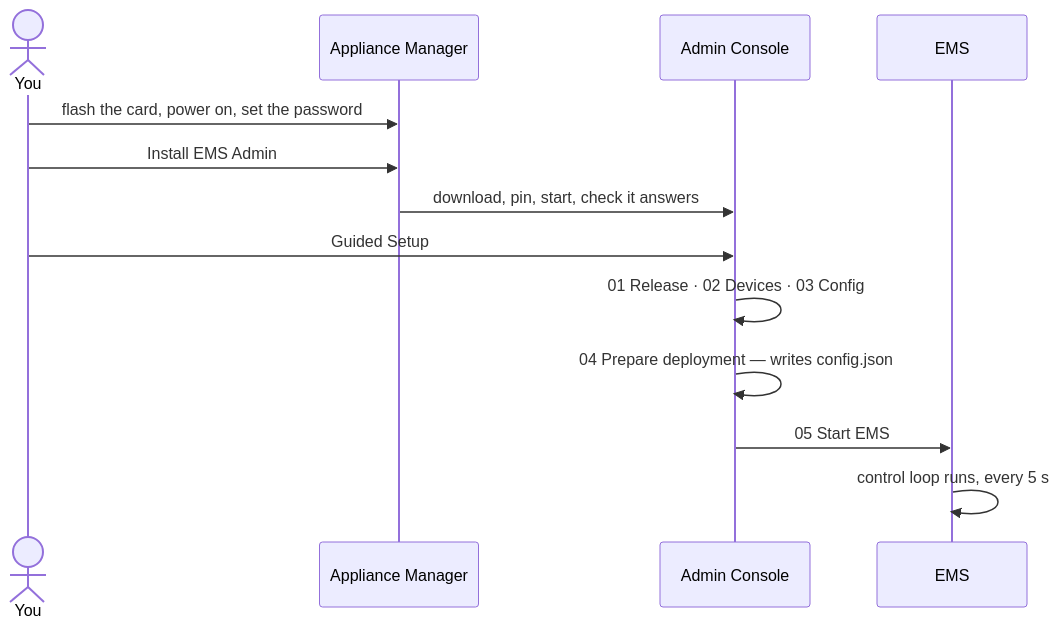
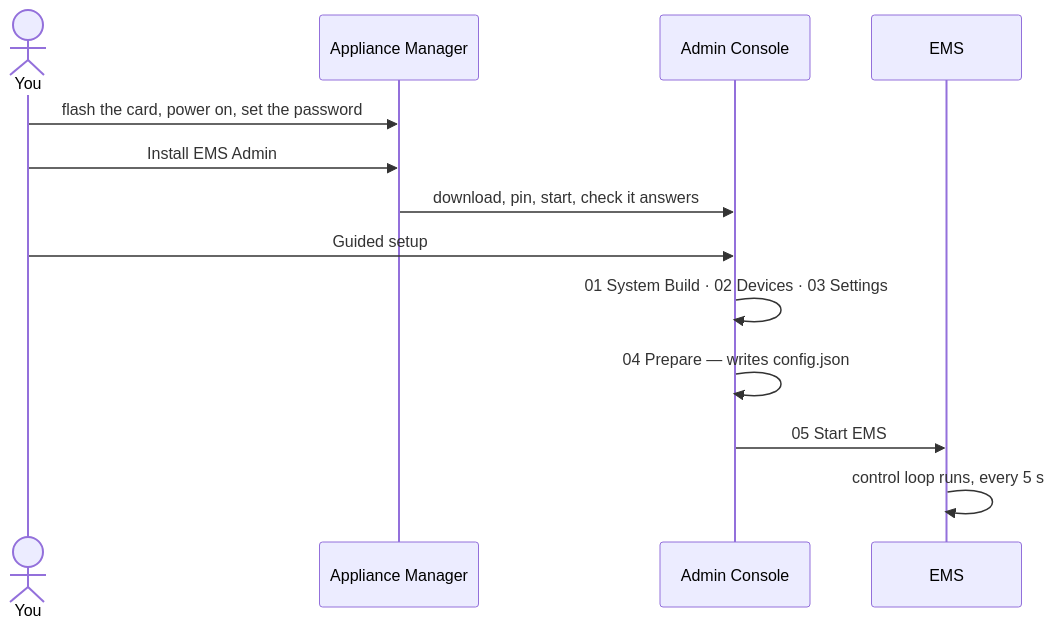
Before and after one commit to basecubedev/ems-solarflow-api-control: the third of 3 diagrams in docs/user/how-it-fits-together.md, drawn with Mermaid. The commit also changed other lines of this file and 31 other files, not shown here.

````diff
--- a/docs/user/how-it-fits-together.md
+++ b/docs/user/how-it-fits-together.md
@@ -116,16 +117,16 @@
 ```mermaid
 sequenceDiagram
     actor you as You
     participant pi as Appliance Manager
     participant admin as Admin Console
     participant ems as EMS
 
     you->>pi: flash the card, power on, set the password
     you->>pi: Install EMS Admin
     pi->>admin: download, pin, start, check it answers
-    you->>admin: Guided Setup
-    admin->>admin: 01 Release · 02 Devices · 03 Config
-    admin->>admin: 04 Prepare deployment — writes config.json
+    you->>admin: Guided setup
+    admin->>admin: 01 System Build · 02 Devices · 03 Settings
+    admin->>admin: 04 Prepare — writes config.json
     admin->>ems: 05 Start EMS
     ems->>ems: control loop runs, every 5 s
 ```
````
